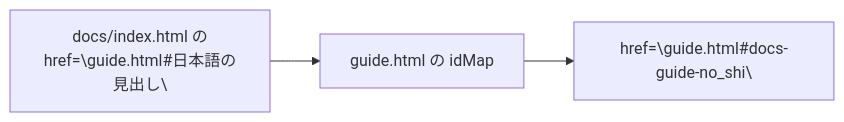
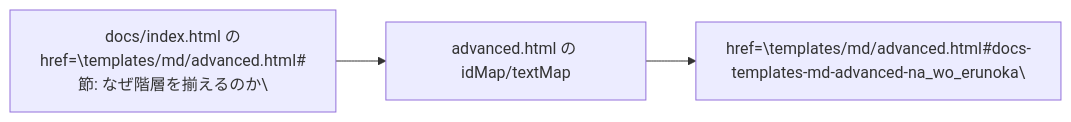
One commit to watanabe3tipapa/quarto-plus changed the sixth of 7 diagrams in docs/dom-structure.qmd. Above: the diagram before and after it, drawn with Mermaid. The commit also changed other lines of this file and 63 other files, not shown here.

````diff
--- a/docs/dom-structure.qmd
+++ b/docs/dom-structure.qmd
@@ -143,5 +143,5 @@
 ```{mermaid}
 flowchart LR
-    A["docs/index.html の<br/>href=\"guide.html#日本語の見出し\""] --> B["guide.html の idMap"]
-    B --> C["href=\"guide.html#docs-guide-no_shi\""]
+    A["docs/index.html の<br/>href=\"templates/md/advanced.html#節: なぜ階層を揃えるのか\""] --> B["advanced.html の idMap/textMap"]
+    B --> C["href=\"templates/md/advanced.html#docs-templates-md-advanced-na_wo_erunoka\""]
 ```
````
